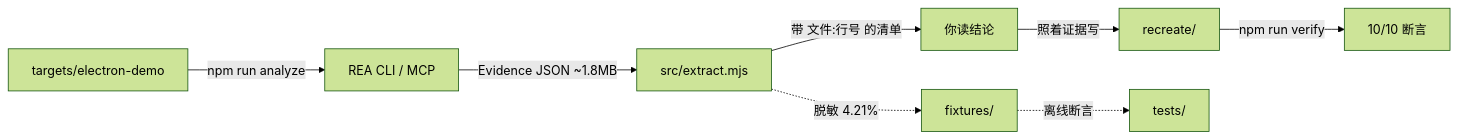
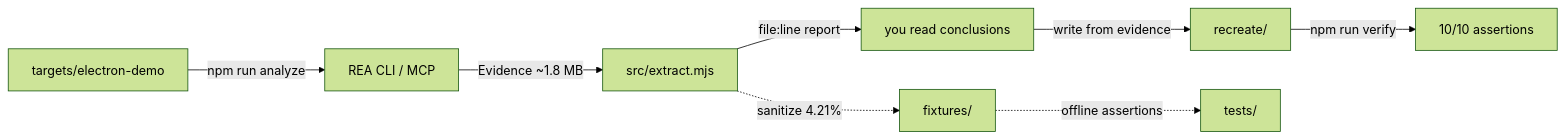
The diagram in README.md (jinshi666888/rea-playbook), drawn with Mermaid (forest theme) before and after one commit. The commit also changed other lines of this file and 7 other files, not shown here.

Commit message:
feat: 增加 demo:offline 入口、真实 GIF 演示、社交预览图与增长日志基线

````diff
--- a/README.md
+++ b/README.md
@@ -314,10 +141,10 @@
 ```mermaid
 flowchart LR
     T[targets/electron-demo] -->|npm run analyze| R[REA CLI / MCP]
-    R -->|Evidence JSON ~1.8MB| E[src/extract.mjs]
-    E -->|带 文件:行号 的清单| U[你读结论]
-    U -->|照着证据写| C[recreate/]
-    C -->|npm run verify| V[10/10 断言]
-    E -.->|脱敏 4.21%| F[fixtures/]
-    F -.->|离线断言| TS[tests/]
+    R -->|Evidence ~1.8 MB| E[src/extract.mjs]
+    E -->|file:line report| U[you read conclusions]
+    U -->|write from evidence| C[recreate/]
+    C -->|npm run verify| V[10/10 assertions]
+    E -.->|sanitize 4.21%| F[fixtures/]
+    F -.->|offline assertions| TS[tests/]
 ```
````
